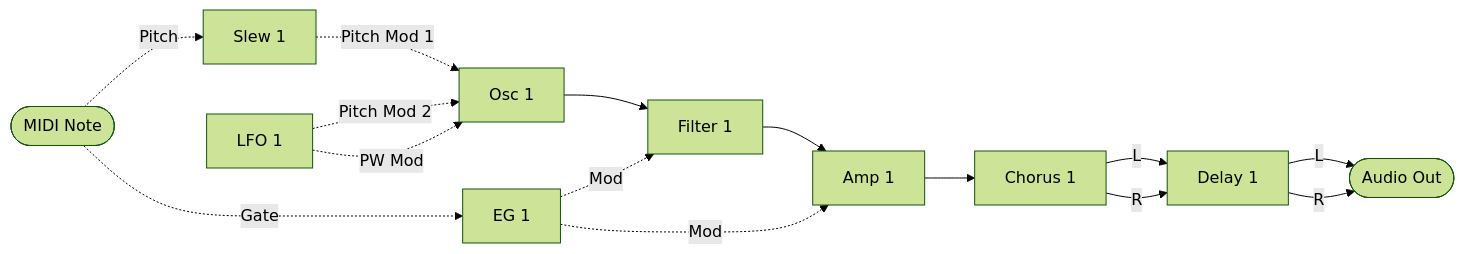
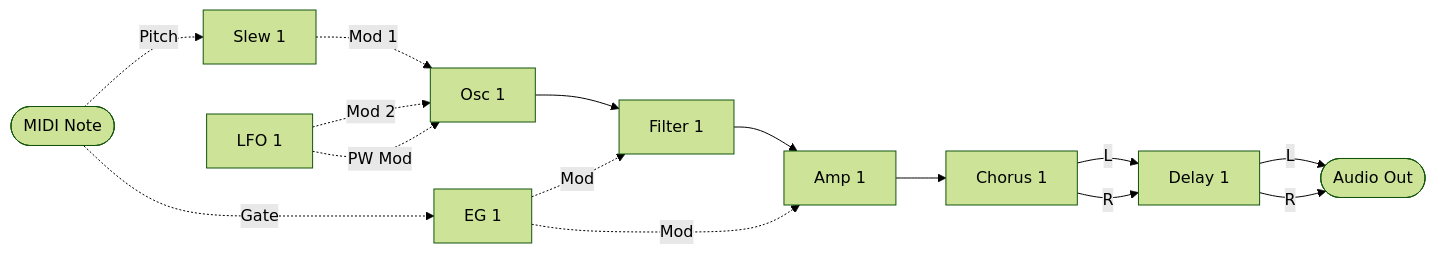
The first of 6 diagrams in spms1_type2/README.ja.md (risgk/midi_synthesizer_spms1), drawn with Mermaid (forest theme) before and after one commit. The commit also changed other lines of this file and 8 other files, not shown here.

First line of the commit message:
type-2: Call Osc 1's Pitch Mod 1 and 2 just Mod 1 and Mod 2

````diff
--- a/spms1_type2/README.ja.md
+++ b/spms1_type2/README.ja.md
@@ -138,29 +138,29 @@
 ```mermaid
 flowchart LR
   NOTE([MIDI Note])
   SLEW[Slew 1]
   LFO[LFO 1]
   EG[EG 1]
   OSC[Osc 1]
   FILTER[Filter 1]
   AMP[Amp 1]
   CHORUS[Chorus 1]
   DELAY[Delay 1]
   OUT([Audio Out])
 
   OSC --> FILTER
   FILTER --> AMP
   AMP --> CHORUS
   CHORUS -->|L| DELAY
   CHORUS -->|R| DELAY
   DELAY -->|L| OUT
   DELAY -->|R| OUT
 
   NOTE -. Gate .-> EG
   NOTE -. Pitch .-> SLEW
-  SLEW -. Pitch Mod 1 .-> OSC
-  LFO -. Pitch Mod 2 .-> OSC
+  SLEW -. Mod 1 .-> OSC
+  LFO -. Mod 2 .-> OSC
   LFO -. PW Mod .-> OSC
   EG -. Mod .-> FILTER
   EG -. Mod .-> AMP
 ```
````
